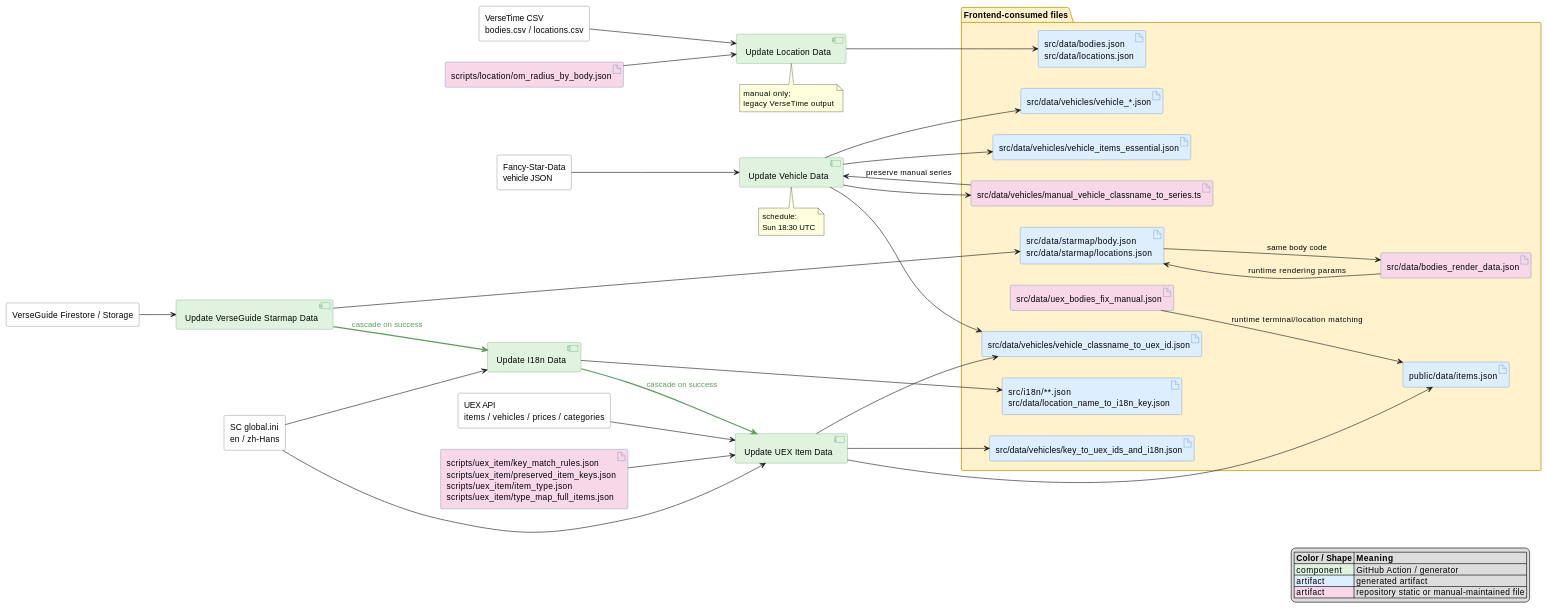
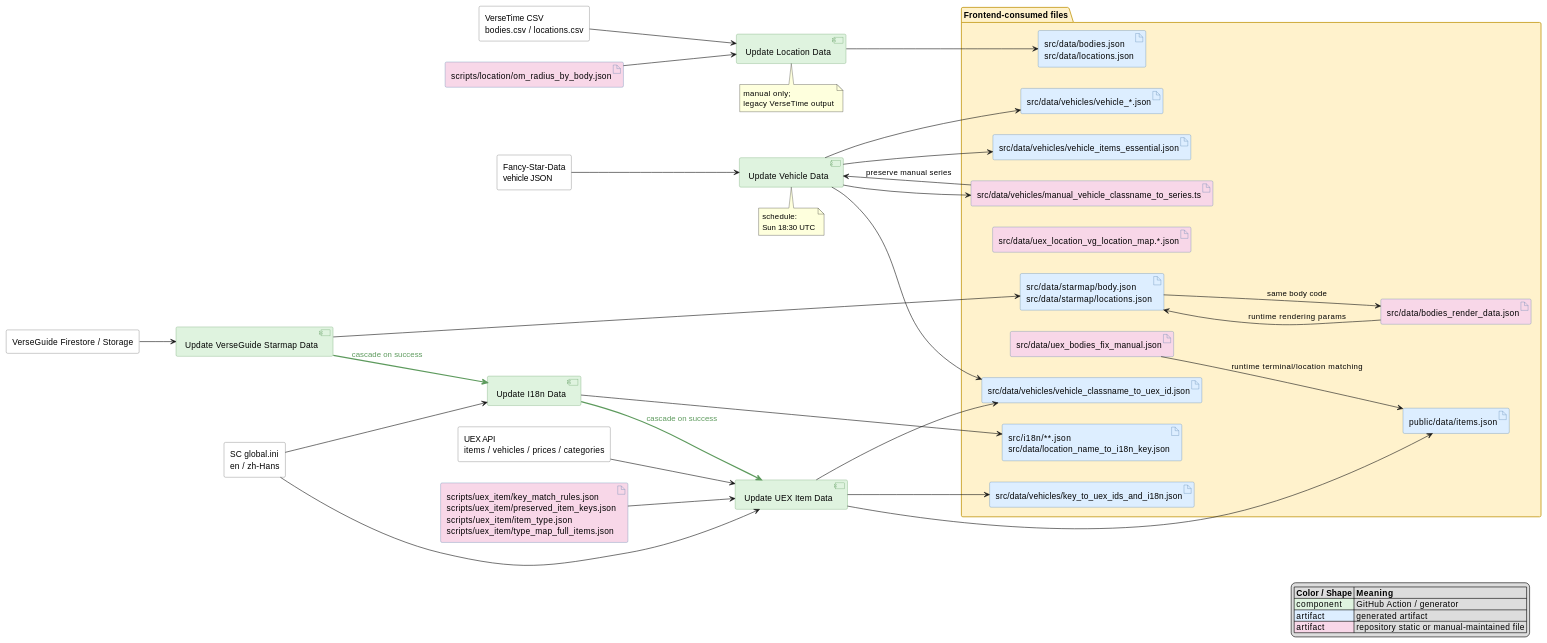
One commit to GrakePch/FSD-item-finder changed the diagram in docs/data-flow.md. Above: the diagram before and after it, drawn with PlantUML. The commit also changed other lines of this file and 8 other files, not shown here.

First line of the commit message:
feat(data): precompute UEX location mappings

```diff
--- a/docs/data-flow.md
+++ b/docs/data-flow.md
@@ -57,6 +57,7 @@
   artifact "src/data/starmap/body.json\nsrc/data/starmap/locations.json" as VG_LOC
   artifact "src/data/bodies_render_data.json" as BODIES_INFO #F8D7E8
   artifact "src/data/uex_bodies_fix_manual.json" as RUNTIME_STATIC #F8D7E8
+  artifact "src/data/uex_location_vg_location_map.*.json" as UEX_LOC_MAP #F8D7E8
   artifact "src/data/vehicles/vehicle_*.json" as VEHICLE_DATA
   artifact "src/data/vehicles/vehicle_items_essential.json" as VEHICLE_ITEMS
   artifact "src/data/vehicles/manual_vehicle_classname_to_series.ts" as MANUAL_SERIES #F8D7E8
```
